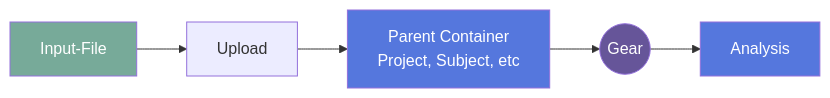
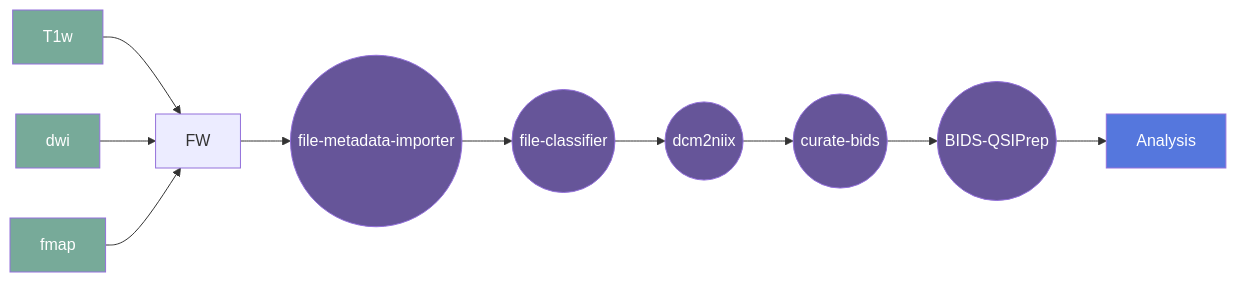
One commit to intermountainneuroimaging/bids-qsiprep changed the diagram in README.md. Above: the diagram before and after it, drawn with Mermaid. The commit also changed other lines of this file and 6 other files, not shown here.

````diff
--- a/README.md
+++ b/README.md
@@ -150,12 +526,17 @@
 ```mermaid
-graph LR;
-    A[Input-File]:::input --> C;
-    C[Upload] --> D[Parent Container <br> Project, Subject, etc];
-    D:::container --> E((Gear));
-    E:::gear --> F[Analysis]:::container;
+  graph LR;
+    A[T1w]:::input --> FW;
+    B[dwi]:::input --> FW;
+    C[fmap]:::input --> FW;
+    FW[FW] --> FMI;
+    FMI((file-metadata-importer)):::gear --> FC;
+    FC((file-classifier)):::gear --> D2N;
+    D2N((dcm2niix)):::gear --> CB;
+    CB((curate-bids)):::gear --> BQP;
+    BQP((BIDS-QSIPrep)):::gear --> ANA;
+    ANA[Analysis]:::container;
     
     classDef container fill:#57d,color:#fff
     classDef input fill:#7a9,color:#fff
     classDef gear fill:#659,color:#fff
-
 ```
````
